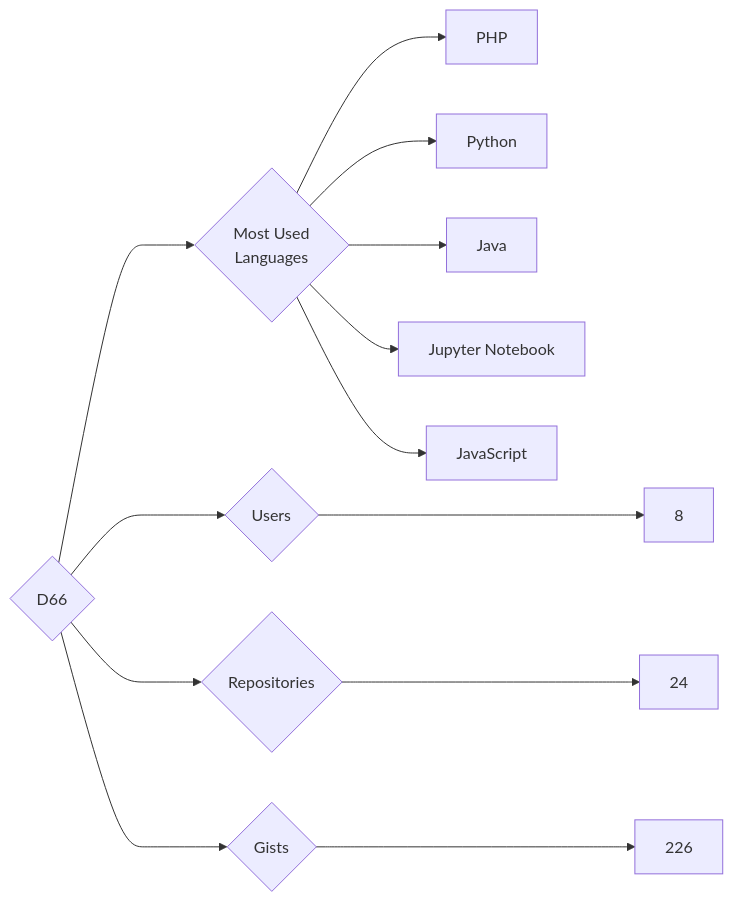
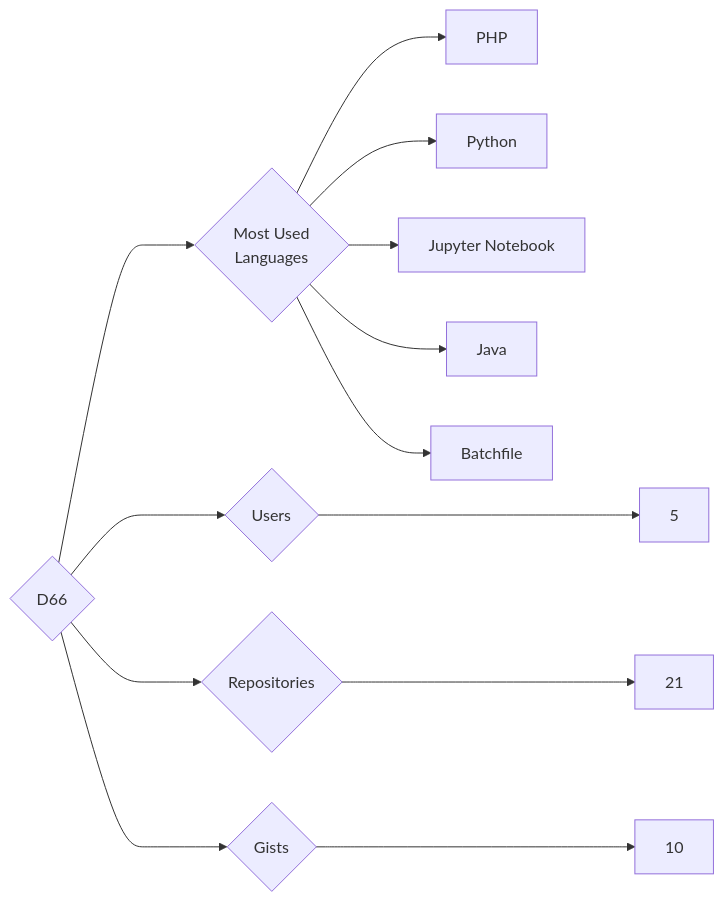
Before and after one commit to trickest/insiders: the diagram in targets/D66/README.md, drawn with Mermaid. The commit also changed 845 other files, not shown here.

````diff
--- a/targets/D66/README.md
+++ b/targets/D66/README.md
@@ -3,13 +3,13 @@
 ```mermaid
 graph LR
 COMPANY_NAME{D66}
-COMPANY_NAME ---> U{Users} ---> UN[8]
-COMPANY_NAME ---> R{Repositories} ---> RN[24]
-COMPANY_NAME ---> G{Gists} ---> GN[226]
+COMPANY_NAME ---> U{Users} ---> UN[5]
+COMPANY_NAME ---> R{Repositories} ---> RN[21]
+COMPANY_NAME ---> G{Gists} ---> GN[10]
 COMPANY_NAME ---> ML{Most Used<br>Languages}
 ML --> PHP[PHP]
 ML --> Python[Python]
+ML --> Jupyter_Notebook[Jupyter Notebook]
 ML --> Java[Java]
-ML --> Jupyter_Notebook[Jupyter Notebook]
-ML --> JavaScript[JavaScript]
+ML --> Batchfile[Batchfile]
 ```
````
